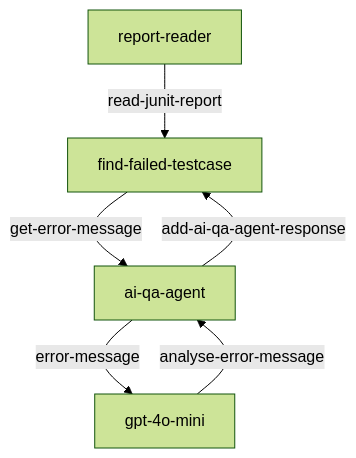
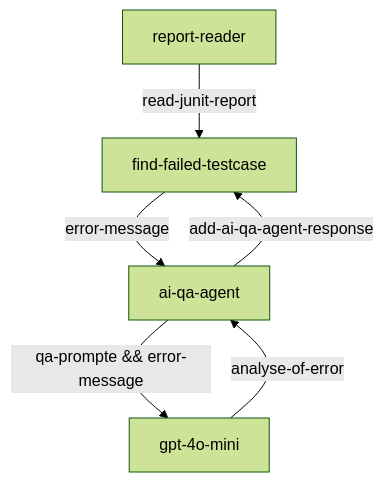
Before and after one commit to ningxia202109/llm-learn: the first of 2 diagrams in resetassured-httpbin/junit-report-reader/README.md, drawn with Mermaid (forest theme). The commit also changed other lines of this file and 2 other files, not shown here.

````diff
--- a/resetassured-httpbin/junit-report-reader/README.md
+++ b/resetassured-httpbin/junit-report-reader/README.md
@@ -7,8 +7,8 @@
 ```mermaid
 graph TB
     A[report-reader] --read-junit-report--> B
-    B[find-failed-testcase] --get-error-message--> C
-    C[ai-qa-agent] --error-message--> D
-    D[gpt-4o-mini] --analyse-error-message--> C
+    B[find-failed-testcase] --error-message--> C
+    C[ai-qa-agent] --qa-prompte && error-message--> D
+    D[gpt-4o-mini] --analyse-of-error--> C
     C --add-ai-qa-agent-response--> B
 ```
````
